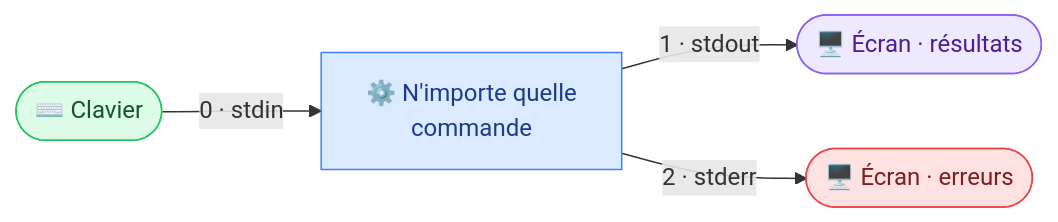
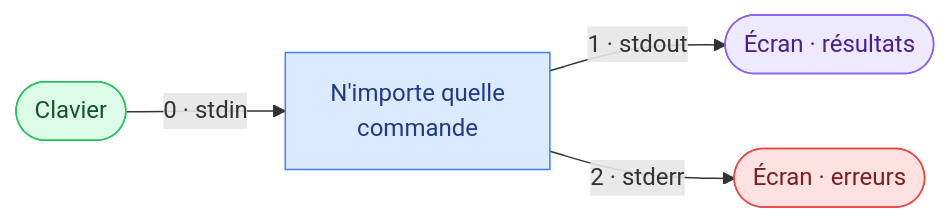
Before and after one commit to GoobyWoobies/HEIA-IT: the first of 3 diagrams in methodologie-securite-it/linux/05-redirections-pipes.md, drawn with Mermaid. The commit also changed other lines of this file and 24 other files, not shown here.

````diff
--- a/methodologie-securite-it/linux/05-redirections-pipes.md
+++ b/methodologie-securite-it/linux/05-redirections-pipes.md
@@ -38,11 +38,11 @@
 ```mermaid
 flowchart LR
-    K(["⌨️ Clavier"]) -->|"0 · stdin"| P["⚙️ N'importe quelle<br/>commande"]
-    P -->|"1 · stdout"| S1(["🖥️ Écran · résultats"])
-    P -->|"2 · stderr"| S2(["🖥️ Écran · erreurs"])
+    K(["Clavier"]) -->|"0 · stdin"| P["N'importe quelle<br/>commande"]
+    P -->|"1 · stdout"| S1(["Écran · résultats"])
+    P -->|"2 · stderr"| S2(["Écran · erreurs"])
 
     style K fill:#dcfce7,stroke:#22c55e,color:#14532d
     style P fill:#dbeafe,stroke:#3b82f6,color:#1e3a8a
     style S1 fill:#ede9fe,stroke:#8b5cf6,color:#4c1d95
     style S2 fill:#fee2e2,stroke:#ef4444,color:#7f1d1d
 ```
````
